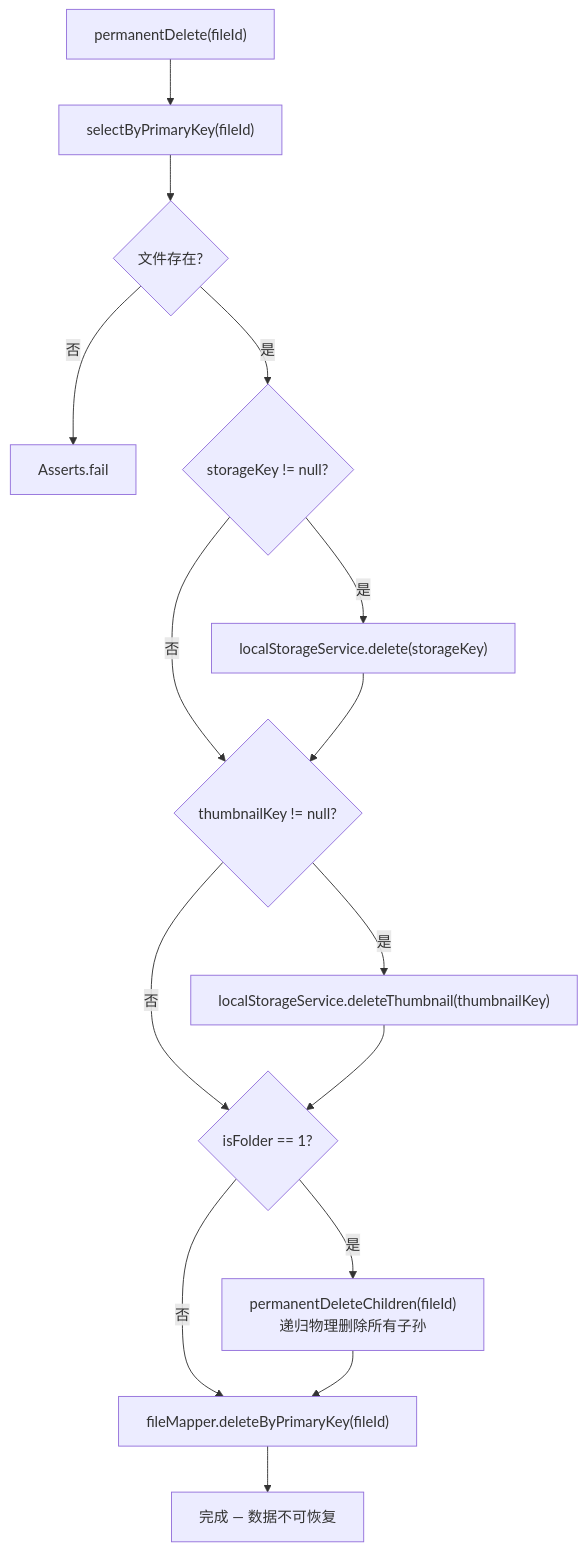
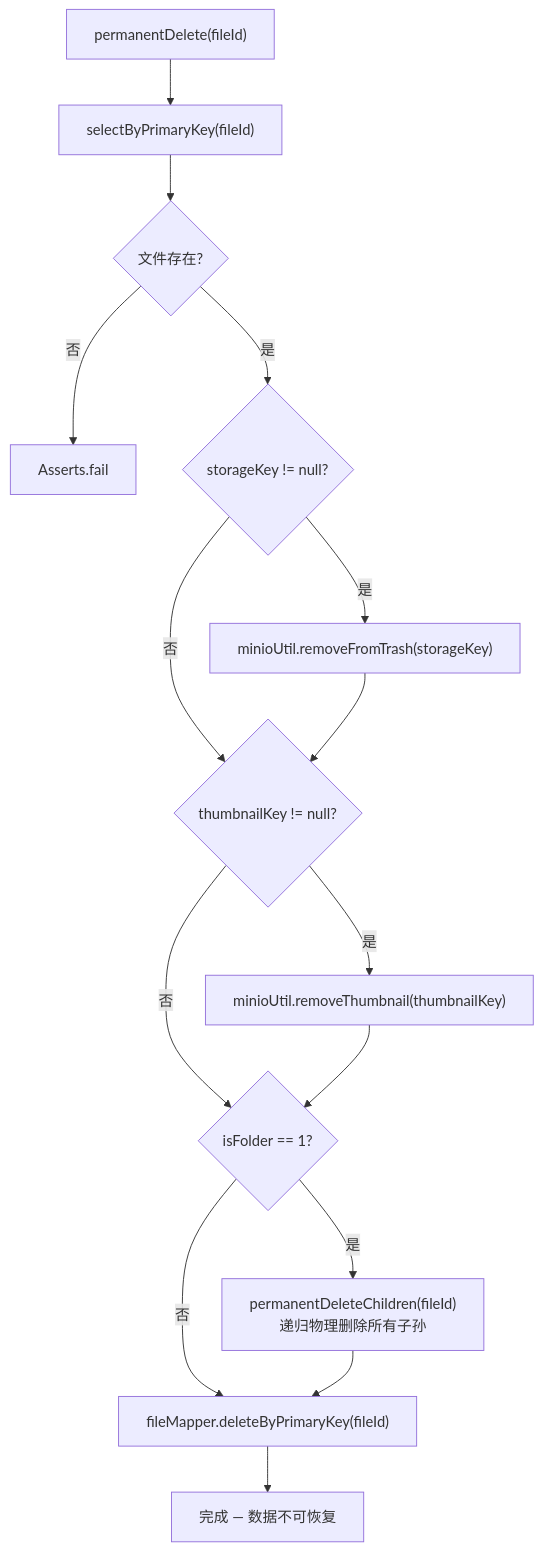
The fifth of 10 diagrams in docs/architecture/04-file-operations.md (AfterMaxQ/AllahPan), drawn with Mermaid before and after one commit. The commit also changed other lines of this file and 24 other files, not shown here.

````diff
--- a/docs/architecture/04-file-operations.md
+++ b/docs/architecture/04-file-operations.md
@@ -81,17 +81,17 @@
 ```mermaid
 flowchart TD
     A["permanentDelete(fileId)"] --> B["selectByPrimaryKey(fileId)"]
     B --> C{"文件存在?"}
     C -->|"否"| Err["Asserts.fail"]
     C -->|"是"| D{"storageKey != null?"}
-    D -->|"是"| E["localStorageService.delete(storageKey)"]
+    D -->|"是"| E["minioUtil.removeFromTrash(storageKey)"]
     D -->|"否"| F
     E --> F{"thumbnailKey != null?"}
-    F -->|"是"| G["localStorageService.deleteThumbnail(thumbnailKey)"]
+    F -->|"是"| G["minioUtil.removeThumbnail(thumbnailKey)"]
     F -->|"否"| H{"isFolder == 1?"}
     G --> H
     H -->|"是"| I["permanentDeleteChildren(fileId)<br/>递归物理删除所有子孙"]
     H -->|"否"| J["fileMapper.deleteByPrimaryKey(fileId)"]
     I --> J
     J --> Done["完成 — 数据不可恢复"]
 ```
````
